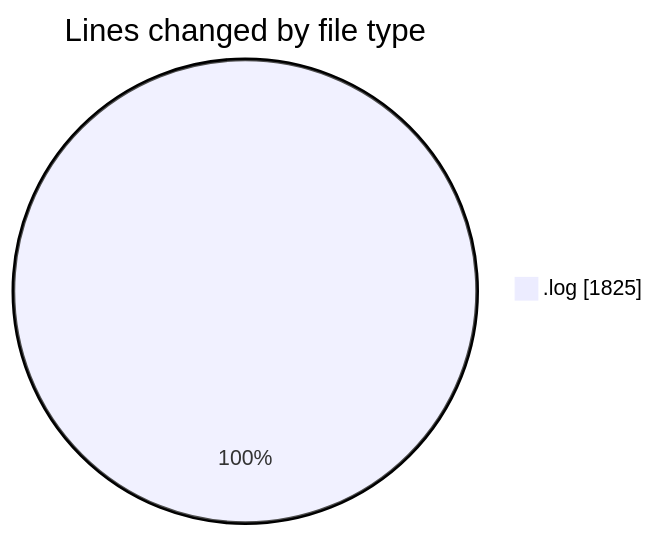
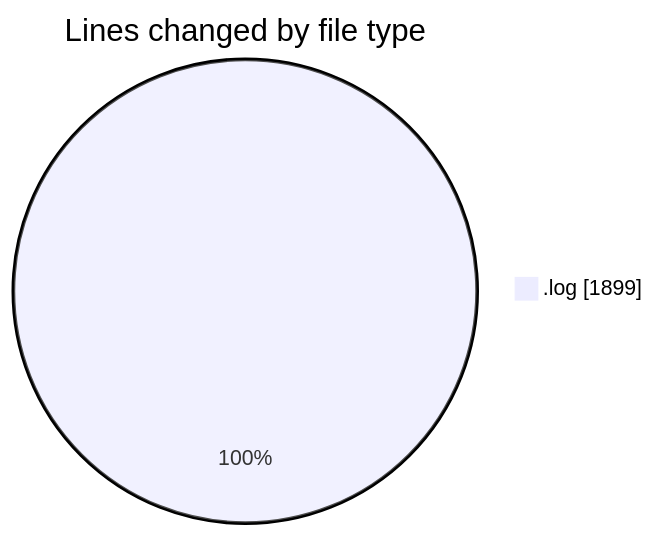
Before and after one commit to Unknowalive/code-tracking: the first of 2 diagrams in 2026-04-20/assignment_2/README.md, drawn with Mermaid. The commit also changed other lines of this file and 1 other file, not shown here.

````diff
--- a/2026-04-20/assignment_2/README.md
+++ b/2026-04-20/assignment_2/README.md
@@ -21,5 +21,5 @@
 ```mermaid
 pie showData
 title Lines changed by file type
-".log" : 1825
+".log" : 1899
 ```
````
